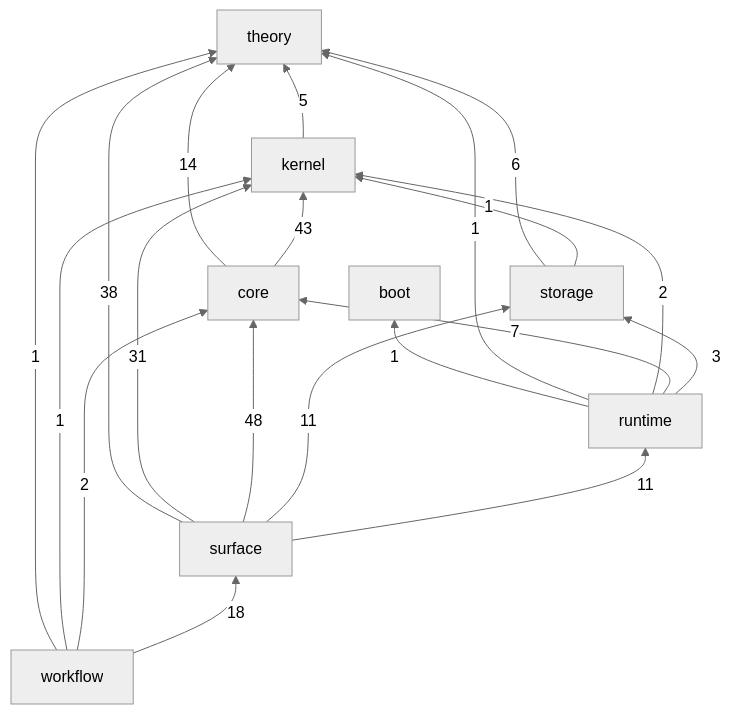
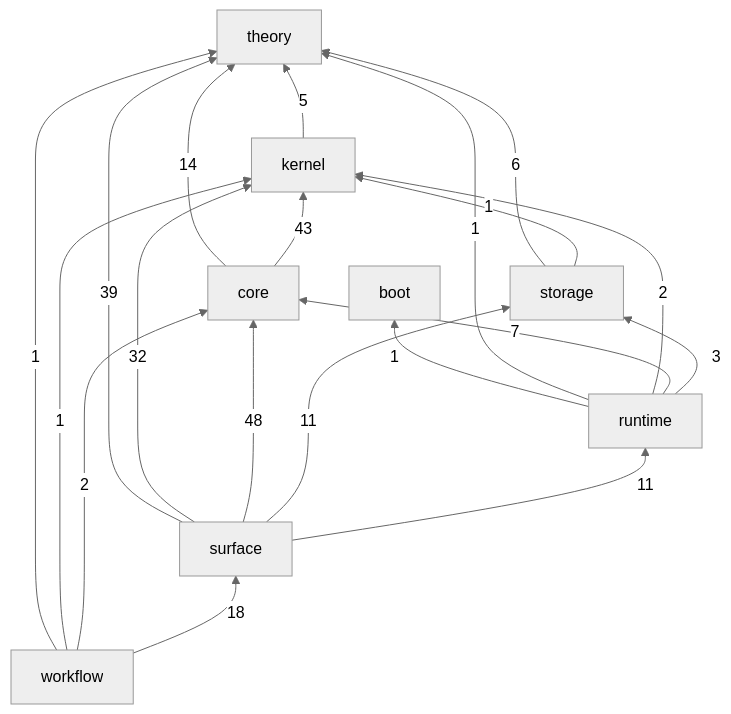
The first of 2 diagrams in crates/README.md (gandr-lang/gandr), drawn with Mermaid (neutral theme) before and after one commit. The commit also changed other lines of this file and 31 other files, not shown here.

````diff
--- a/crates/README.md
+++ b/crates/README.md
@@ -28,30 +28,30 @@
 ```mermaid
 flowchart BT
   boot
   theory
   kernel
   core
   storage
   runtime
   surface
   workflow
   kernel -->|5| theory
   core -->|14| theory
   core -->|43| kernel
   storage -->|6| theory
   storage -->|1| kernel
   runtime -->|1| boot
   runtime -->|1| theory
   runtime -->|2| kernel
   runtime -->|7| core
   runtime -->|3| storage
-  surface -->|38| theory
-  surface -->|31| kernel
+  surface -->|39| theory
+  surface -->|32| kernel
   surface -->|48| core
   surface -->|11| storage
   surface -->|11| runtime
   workflow -->|1| theory
   workflow -->|1| kernel
   workflow -->|2| core
   workflow -->|18| surface
 ```
````
